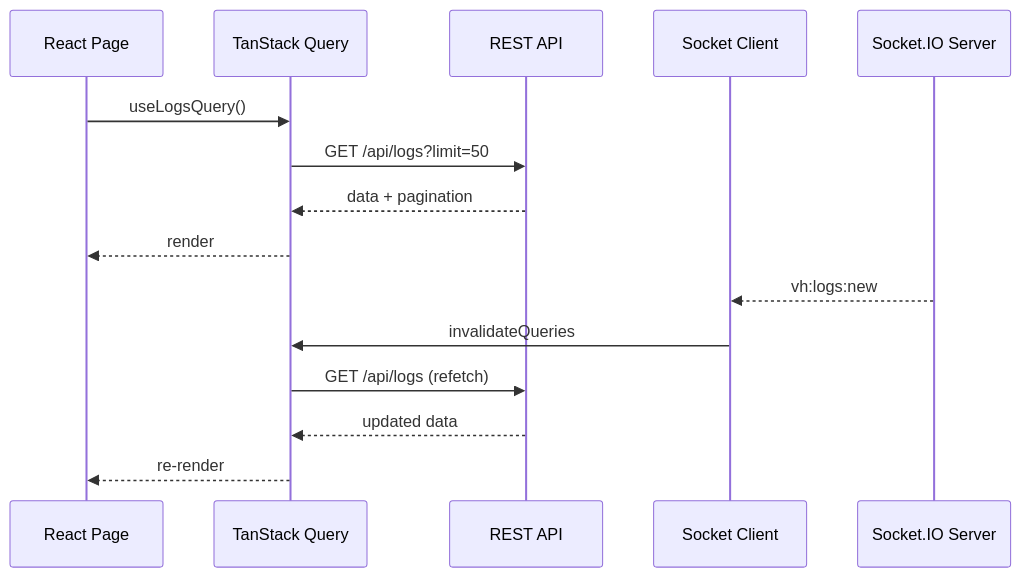
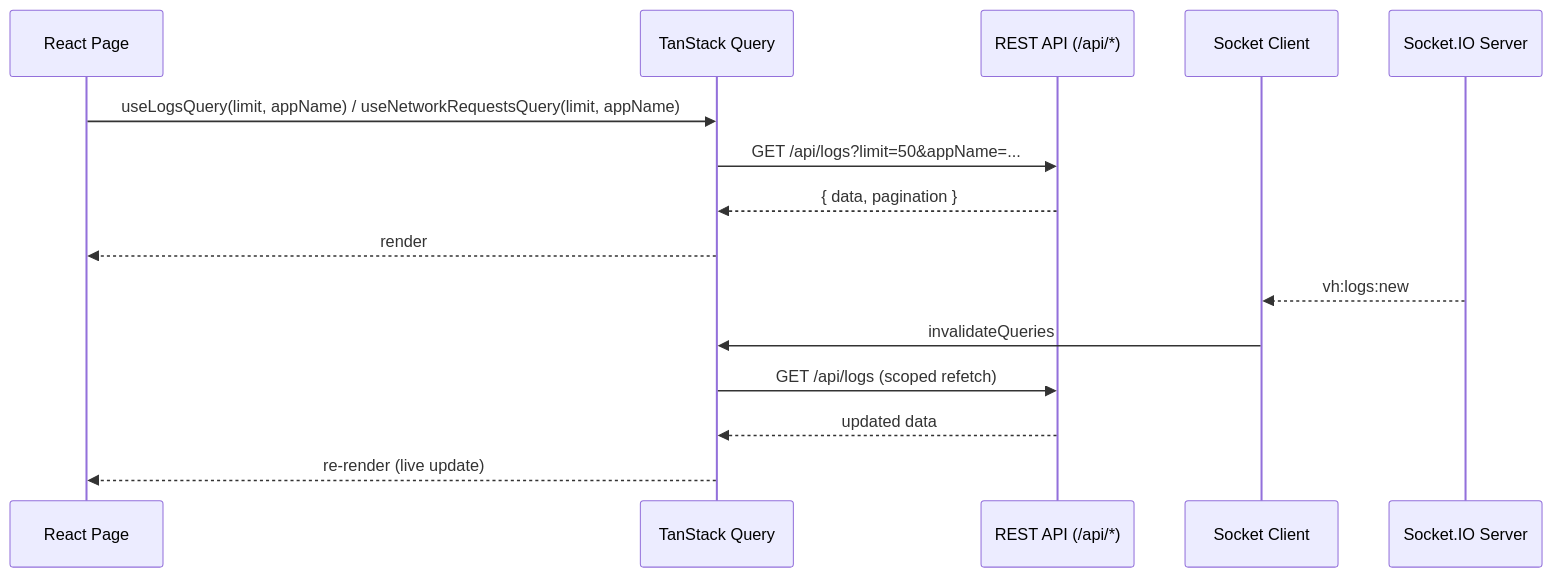
The fourth of 8 diagrams in ARCHITECTURE.md (Kapil9711/dev-helper), drawn with Mermaid before and after one commit. The commit also changed other lines of this file and 30 other files, not shown here.

````diff
--- a/ARCHITECTURE.md
+++ b/ARCHITECTURE.md
@@ -324,19 +337,19 @@
 ```mermaid
 sequenceDiagram
     participant UI as React Page
     participant RQ as TanStack Query
-    participant API as REST API
+    participant API as REST API (/api/*)
     participant SC as Socket Client
     participant SIO as Socket.IO Server
 
-    UI->>RQ: useLogsQuery()
-    RQ->>API: GET /api/logs?limit=50
-    API-->>RQ: data + pagination
+    UI->>RQ: useLogsQuery(limit, appName) / useNetworkRequestsQuery(limit, appName)
+    RQ->>API: GET /api/logs?limit=50&appName=...
+    API-->>RQ: { data, pagination }
     RQ-->>UI: render
 
     SIO-->>SC: vh:logs:new
     SC->>RQ: invalidateQueries
-    RQ->>API: GET /api/logs (refetch)
+    RQ->>API: GET /api/logs (scoped refetch)
     API-->>RQ: updated data
-    RQ-->>UI: re-render
+    RQ-->>UI: re-render (live update)
 ```
````
